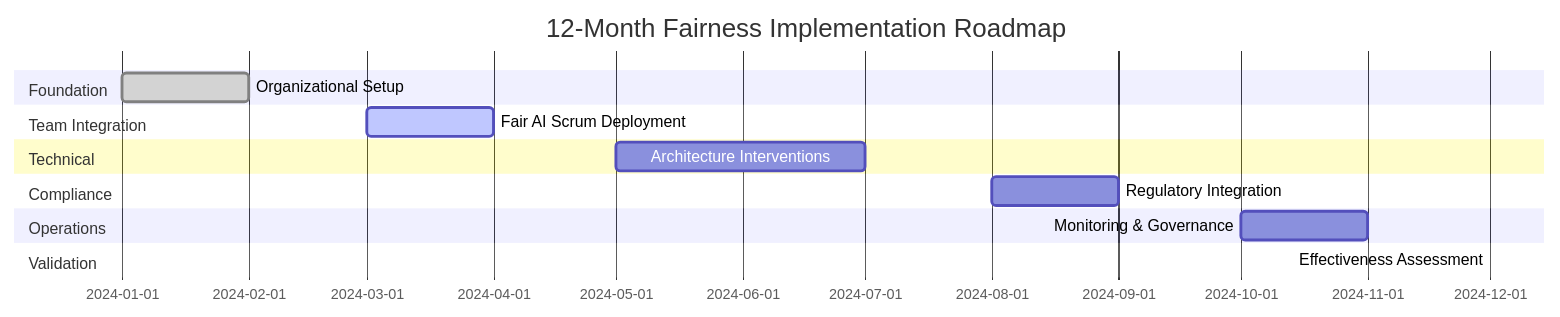
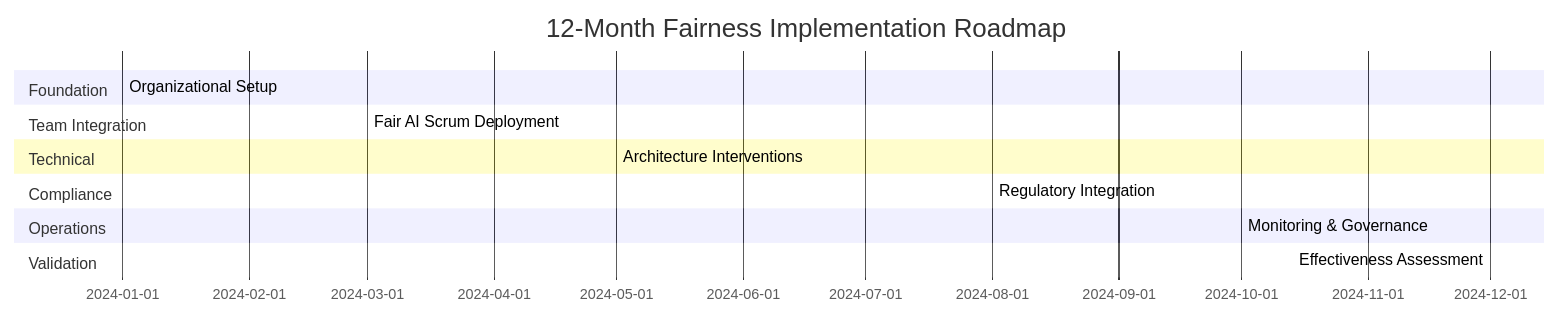
One commit to fifa0209/Fairness-Implementation-Playbook changed the diagram in 05_Implementation-Workflow.md. Above: the diagram before and after it, drawn with Mermaid. The commit also changed other lines of this file, not shown here.

````diff
--- a/05_Implementation-Workflow.md
+++ b/05_Implementation-Workflow.md
@@ -26,17 +98,17 @@
 ```mermaid
 gantt
     title 12-Month Fairness Implementation Roadmap
     dateFormat YYYY-MM
     section Foundation
-    Organizational Setup           :done, foundation, 2024-01, 2024-02
+    Organizational Setup           :done, foundation, 2024-01, 2m
     section Team Integration
-    Fair AI Scrum Deployment      :active, scrum, 2024-03, 2024-04
+    Fair AI Scrum Deployment      :active, scrum, 2024-03, 2m
     section Technical
-    Architecture Interventions     :arch, 2024-05, 2024-07
+    Architecture Interventions     :arch, 2024-05, 3m
     section Compliance
-    Regulatory Integration         :compliance, 2024-08, 2024-09
+    Regulatory Integration         :compliance, 2024-08, 2m
     section Operations
-    Monitoring & Governance        :ops, 2024-10, 2024-11
+    Monitoring & Governance        :ops, 2024-10, 2m
     section Validation
-    Effectiveness Assessment       :validate, 2024-12, 2024-12
+    Effectiveness Assessment       :validate, 2024-12, 1m
 ```
````
